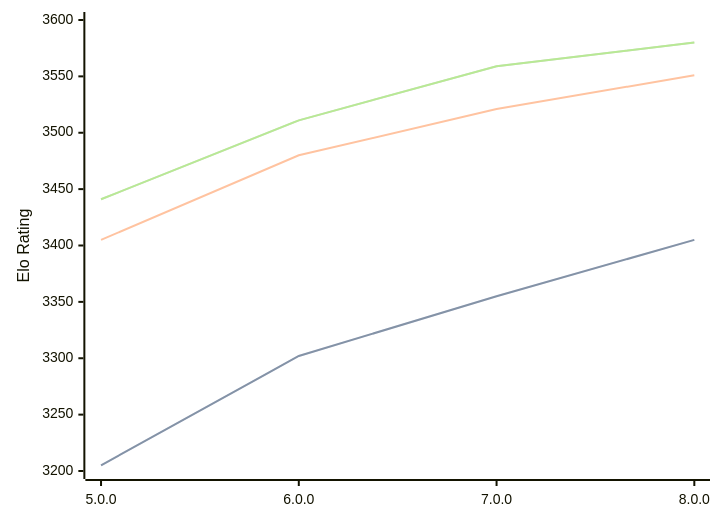
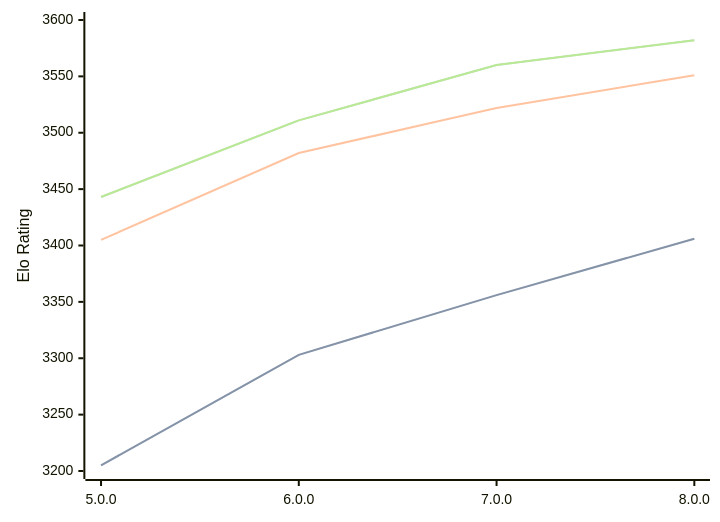
Before and after one commit to computer-chess-index/cci: the diagram in engines/Stormphrax.md, drawn with Mermaid. The commit also changed other lines of this file, not shown here.

Commit message:
Update CCI Ratings (ELO VLTC) - 2026-09-14

````diff
--- a/engines/Stormphrax.md
+++ b/engines/Stormphrax.md
@@ -34,11 +34,11 @@
 ```mermaid
 %%{init: {"theme":"base","themeVariables":{"seriesColors:['#a3a3a3','#222221','#faa371']}}}%%
 xychart-beta
   x-axis ["5.0.0", "6.0.0", "7.0.0", "8.0.0"]
   y-axis "Elo Rating" 3200 --> 3600
-  line "" [3205, 3302, 3355, 3405]
-  line "STC (8.0+0.08s)" [3205, 3302, 3355, 3405]
-  line "LTC (60.0+0.60s)" [3405, 3480, 3521, 3551]
-  line "" [3441, 3511, 3559, 3580]
-  line "VLTC (2m24s+1.12s)" [3441, 3511, 3559, 3580]
+  line "" [3205, 3303, 3356, 3406]
+  line "STC (8.0+0.08s)" [3205, 3303, 3356, 3406]
+  line "LTC (60.0+0.60s)" [3405, 3482, 3522, 3551]
+  line "" [3443, 3511, 3560, 3582]
+  line "VLTC (2m24s+1.12s)" [3443, 3511, 3560, 3582]
 ```
````
